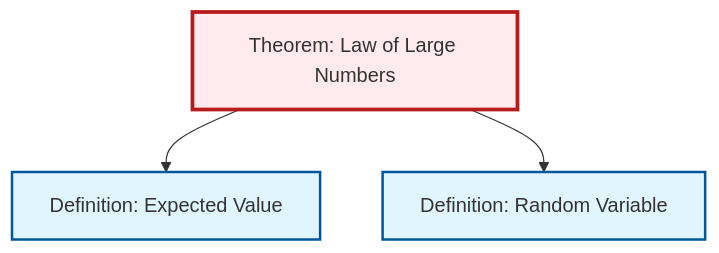
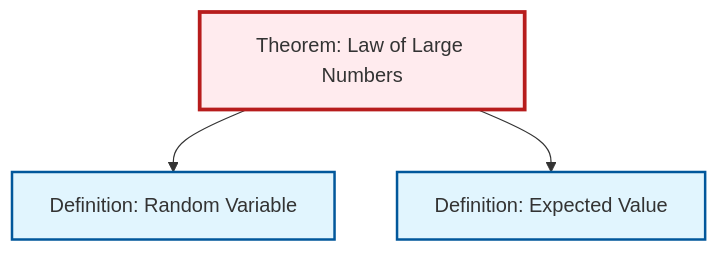
One commit to RK0429/ModernMath changed the second of 2 diagrams in content/ja/probability-statistics/thm-law-of-large-numbers.qmd. Above: the diagram before and after it, drawn with Mermaid. The commit also changed other lines of this file and 530 other files, not shown here.

````diff
--- a/content/ja/probability-statistics/thm-law-of-large-numbers.qmd
+++ b/content/ja/probability-statistics/thm-law-of-large-numbers.qmd
@@ -82,17 +82,17 @@
 ```{mermaid}
 %%| fig-cap: "Local dependency graph"
 graph TD
     classDef definition fill:#e1f5fe,stroke:#01579b,stroke-width:2px
     classDef theorem fill:#f3e5f5,stroke:#4a148c,stroke-width:2px
     classDef axiom fill:#fff3e0,stroke:#e65100,stroke-width:2px
     classDef example fill:#e8f5e9,stroke:#1b5e20,stroke-width:2px
     classDef current fill:#ffebee,stroke:#b71c1c,stroke-width:3px
-    thm-law-of-large-numbers["Theorem: Law of Large Numbers"]:::theorem
     def-expectation["Definition: Expected Value"]:::definition
     def-random-variable["Definition: Random Variable"]:::definition
+    thm-law-of-large-numbers["Theorem: Law of Large Numbers"]:::theorem
+    thm-law-of-large-numbers --> def-random-variable
     thm-law-of-large-numbers --> def-expectation
-    thm-law-of-large-numbers --> def-random-variable
     class thm-law-of-large-numbers current
     click def-expectation "def-expectation.html" "Definition: Expected Valueへ"
     click def-random-variable "def-random-variable.html" "Definition: Random Variableへ"
 ```
````
